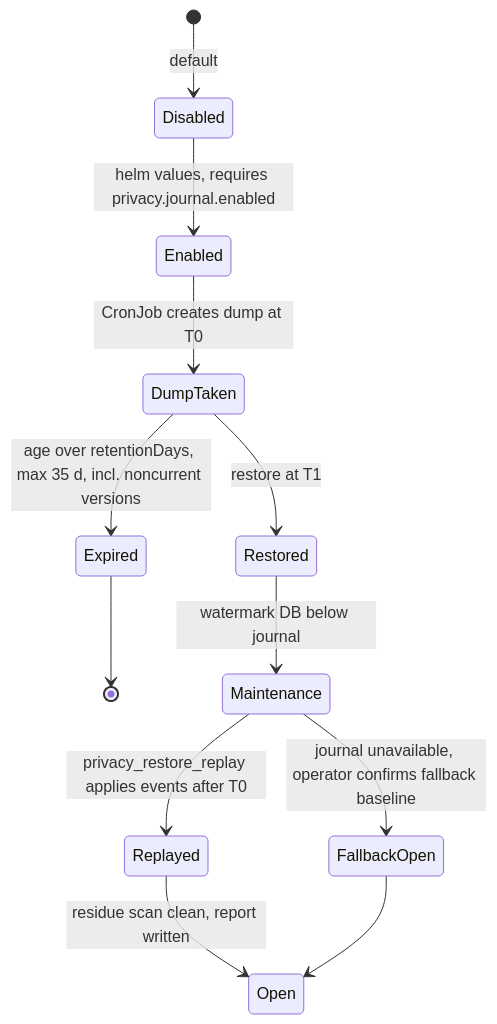
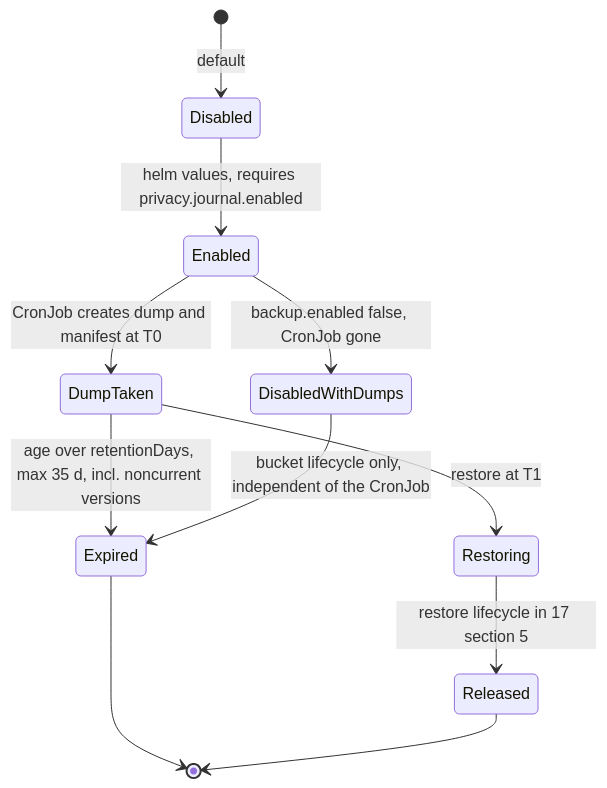
The diagram in spec/privacy/09-migrations-and-backfills.md (nolte/kamerplanter), drawn with Mermaid before and after one commit. The commit also changed other lines of this file and 13 other files, not shown here.

First line of the commit message:
docs(privacy): add privacy recovery architecture for backup and restore (SPEC-17)

````diff
--- a/spec/privacy/09-migrations-and-backfills.md
+++ b/spec/privacy/09-migrations-and-backfills.md
@@ -334,14 +370,13 @@
 ```mermaid
 stateDiagram-v2
     [*] --> Disabled: default
     Disabled --> Enabled: helm values, requires privacy.journal.enabled
-    Enabled --> DumpTaken: CronJob creates dump at T0
+    Enabled --> DumpTaken: CronJob creates dump and manifest at T0
     DumpTaken --> Expired: age over retentionDays, max 35 d, incl. noncurrent versions
+    Enabled --> DisabledWithDumps: backup.enabled false, CronJob gone
+    DisabledWithDumps --> Expired: bucket lifecycle only, independent of the CronJob
     Expired --> [*]
-    DumpTaken --> Restored: restore at T1
-    Restored --> Maintenance: watermark DB below journal
-    Maintenance --> Replayed: privacy_restore_replay applies events after T0
-    Replayed --> Open: residue scan clean, report written
-    Maintenance --> FallbackOpen: journal unavailable, operator confirms fallback baseline
-    FallbackOpen --> Open
+    DumpTaken --> Restoring: restore at T1
+    Restoring --> Released: restore lifecycle in 17 section 5
+    Released --> [*]
 ```
````
